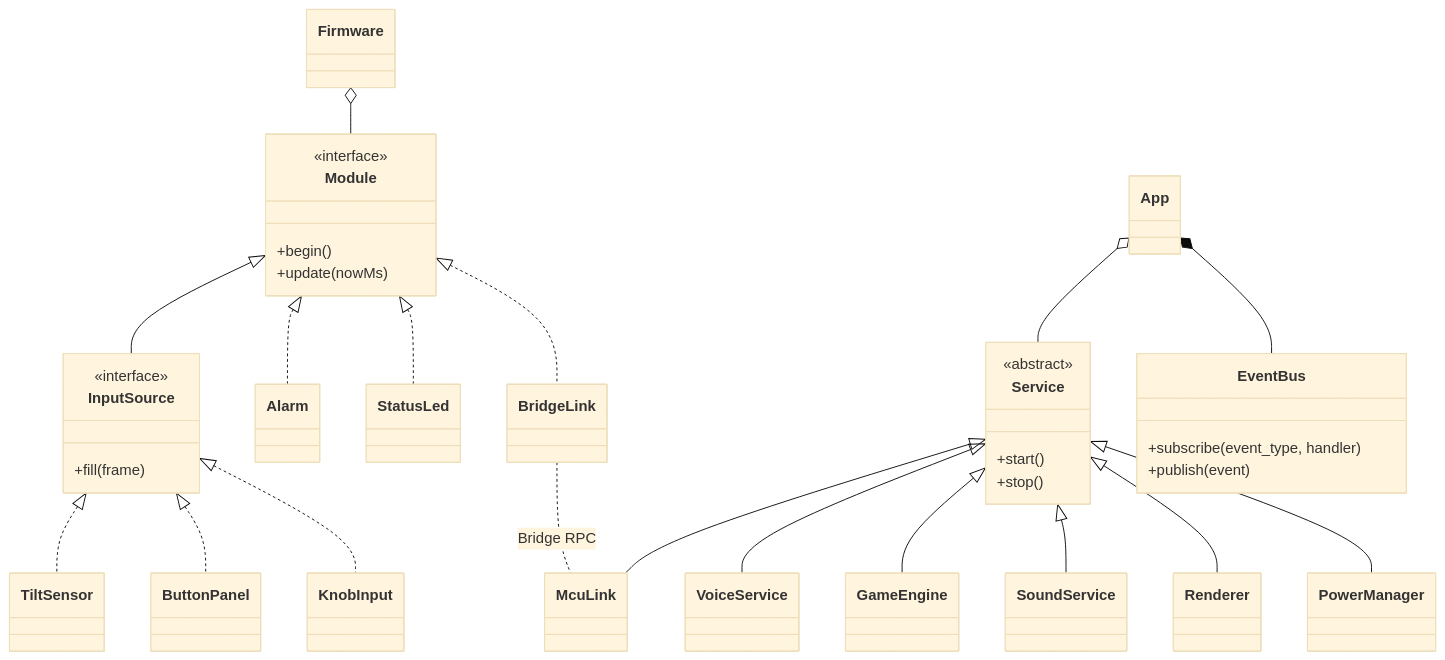
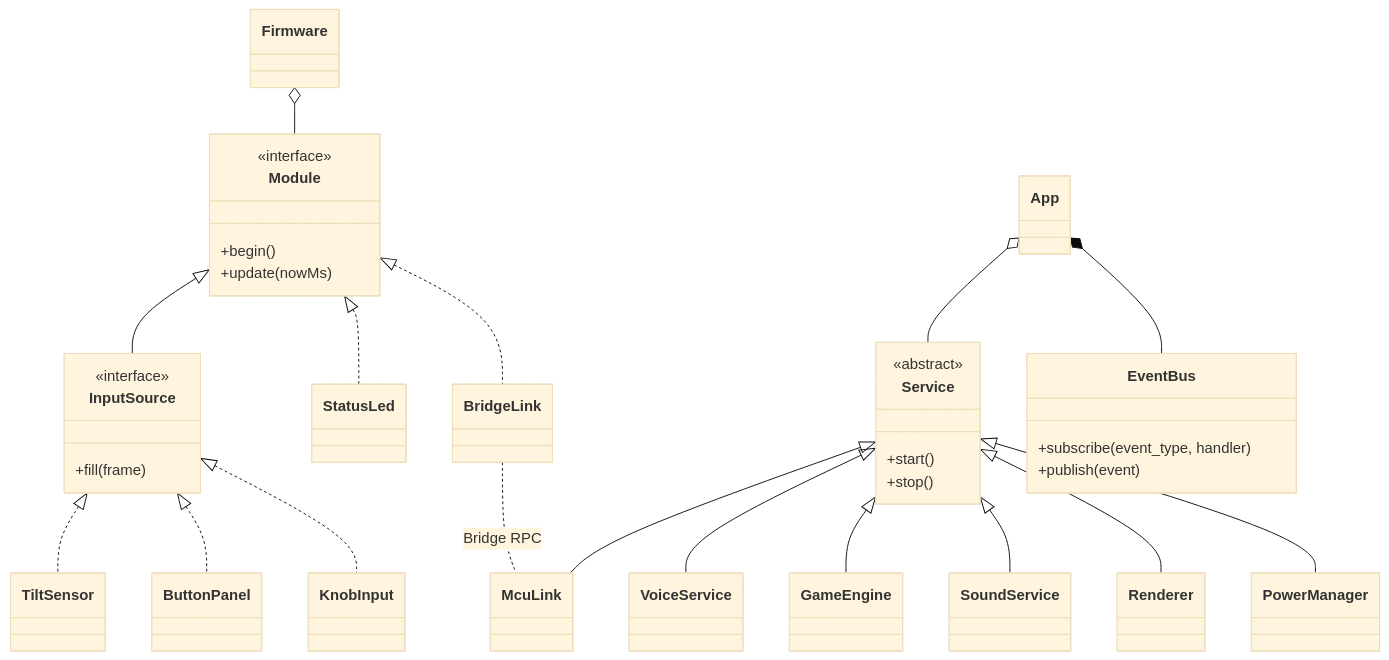
One commit to JustCodeX/steadyHands changed the second of 2 diagrams in README.md. Above: the diagram before and after it, drawn with Mermaid (base theme). The commit also changed other lines of this file and 19 other files, not shown here.

````diff
--- a/README.md
+++ b/README.md
@@ -47,39 +45,38 @@
 ```mermaid
 classDiagram
   direction TB
   class Module {
     <<interface>>
     +begin()
     +update(nowMs)
   }
   class InputSource {
     <<interface>>
     +fill(frame)
   }
   class Service {
     <<abstract>>
     +start()
     +stop()
   }
   class EventBus {
     +subscribe(event_type, handler)
     +publish(event)
   }
   Firmware o-- Module
   Module <|-- InputSource
   InputSource <|.. TiltSensor
   InputSource <|.. ButtonPanel
   InputSource <|.. KnobInput
-  Module <|.. Alarm
   Module <|.. StatusLed
   Module <|.. BridgeLink
   BridgeLink .. McuLink : Bridge RPC
   App o-- Service
   App *-- EventBus
   Service <|-- McuLink
   Service <|-- VoiceService
   Service <|-- GameEngine
   Service <|-- SoundService
   Service <|-- Renderer
   Service <|-- PowerManager
 ```
````
